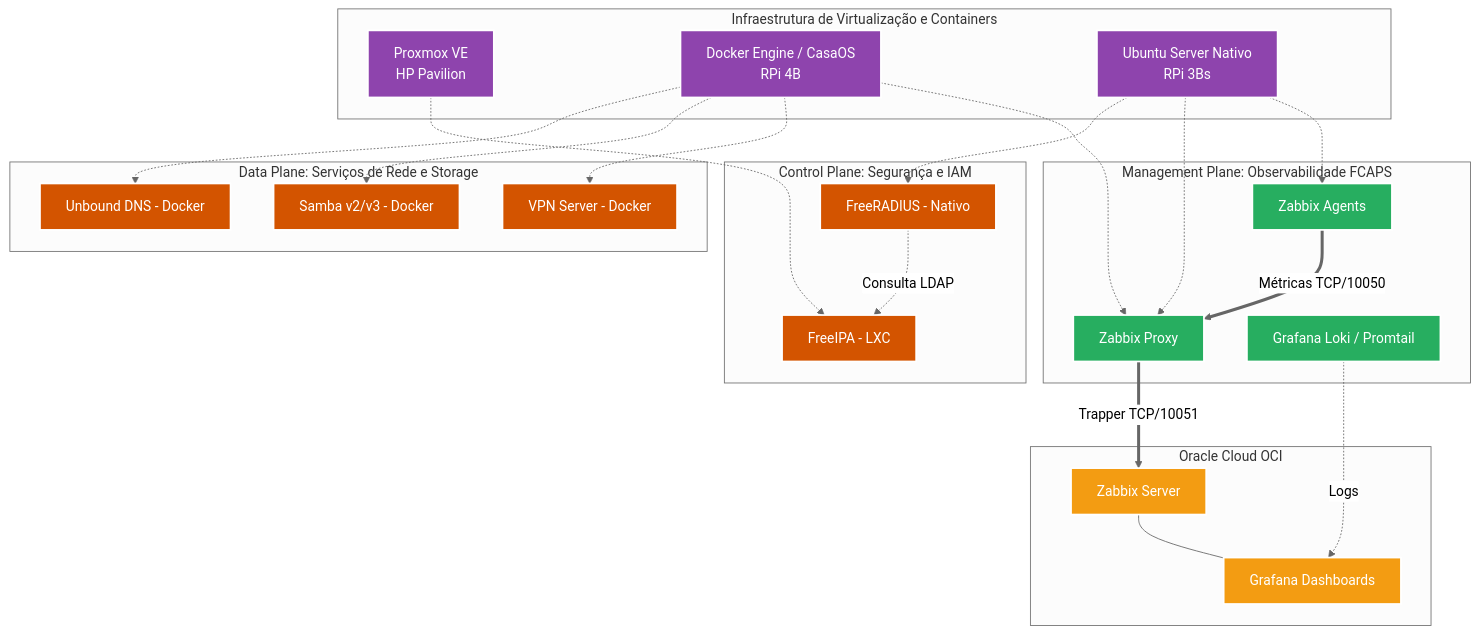
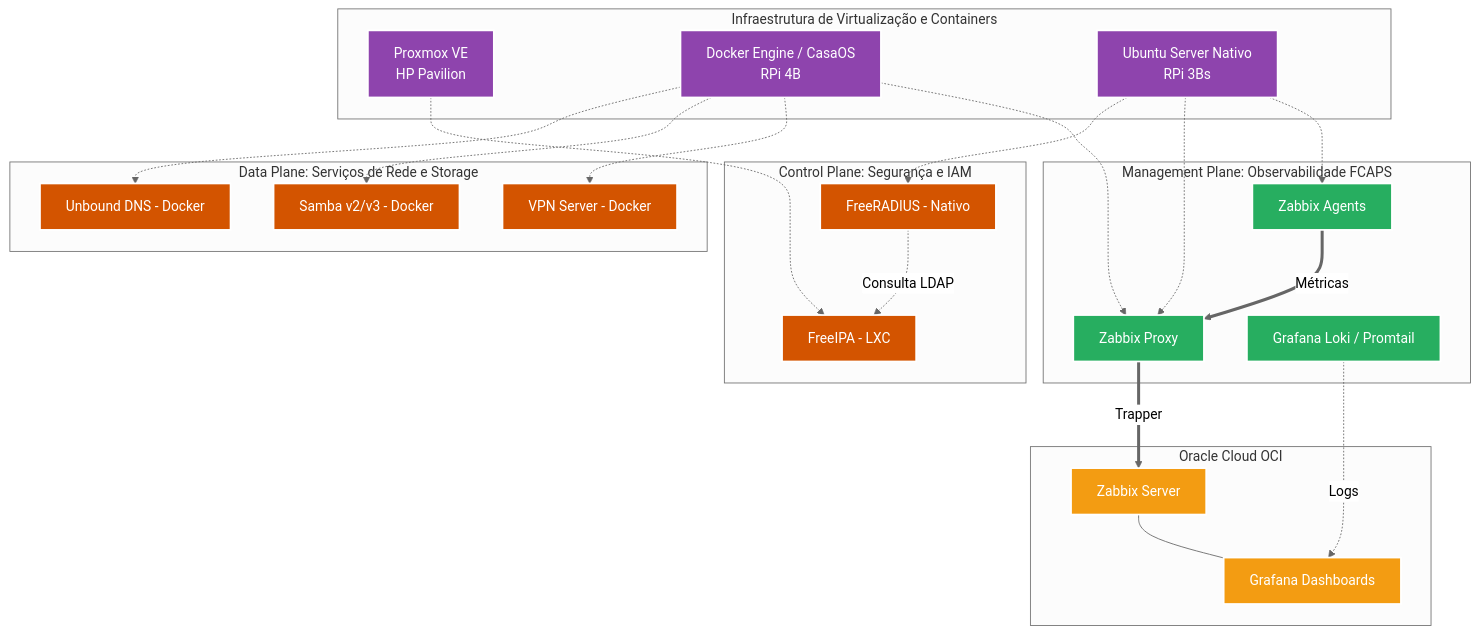
Before and after one commit to kevindexter22/Dr-Hardware-Autonet: the second of 2 diagrams in Infrastructure/README.md, drawn with Mermaid (neutral theme).

Commit message:
Simplify data mediation flow descriptions in README

````diff
--- a/Infrastructure/README.md
+++ b/Infrastructure/README.md
@@ -67,54 +67,54 @@
 ```mermaid
 graph TD
     %% Classes de Estilo L3-L7
     classDef hypervisor fill:#8e44ad,stroke:#FFFFFF,stroke-width:2px,color:#fff;
     classDef oss fill:#27ae60,stroke:#FFFFFF,stroke-width:2px,color:#fff;
     classDef coreService fill:#d35400,stroke:#FFFFFF,stroke-width:2px,color:#fff;
     classDef cloud fill:#f39c12,stroke:#FFFFFF,stroke-width:2px,color:#fff;
 
     subgraph VIM [Infraestrutura de Virtualização e Containers]
         PVE[Proxmox VE<br/>HP Pavilion]:::hypervisor
         DOCKER[Docker Engine / CasaOS<br/>RPi 4B]:::hypervisor
         NATIVE[Ubuntu Server Nativo<br/>RPi 3Bs]:::hypervisor
     end
 
     subgraph AAA_SEC [Control Plane: Segurança e IAM]
         FIPA[FreeIPA - LXC]:::coreService
         FRAD[FreeRADIUS - Nativo]:::coreService
         PVE -.-> FIPA
         NATIVE -.-> FRAD
         FRAD -.->|Consulta LDAP| FIPA
     end
 
     subgraph NET_SERVICES [Data Plane: Serviços de Rede e Storage]
         UNB[Unbound DNS - Docker]:::coreService
         SMB[Samba v2/v3 - Docker]:::coreService
         VPN[VPN Server - Docker]:::coreService
         
         DOCKER -.-> UNB
         DOCKER -.-> SMB
         DOCKER -.-> VPN
     end
 
     subgraph OSS_MGMT [Management Plane: Observabilidade FCAPS]
         ZPX[Zabbix Proxy]:::oss
         ZA[Zabbix Agents]:::oss
         GRAF_LOKI[Grafana Loki / Promtail]:::oss
         
         DOCKER -.-> ZPX
         NATIVE -.-> ZPX
         NATIVE -.-> ZA
     end
 
     subgraph PUBLIC_CLOUD [Oracle Cloud OCI]
         ZBS[Zabbix Server]:::cloud
         GRAF[Grafana Dashboards]:::cloud
     end
 
     %% Fluxos de Mediação de Dados
-    ZA ==>|Métricas TCP/10050| ZPX
-    ZPX ==>|Trapper TCP/10051| ZBS
+    ZA ==>|Métricas| ZPX
+    ZPX ==>|Trapper| ZBS
     GRAF_LOKI -.->|Logs| GRAF
     ZBS --- GRAF
 
 ```
````
